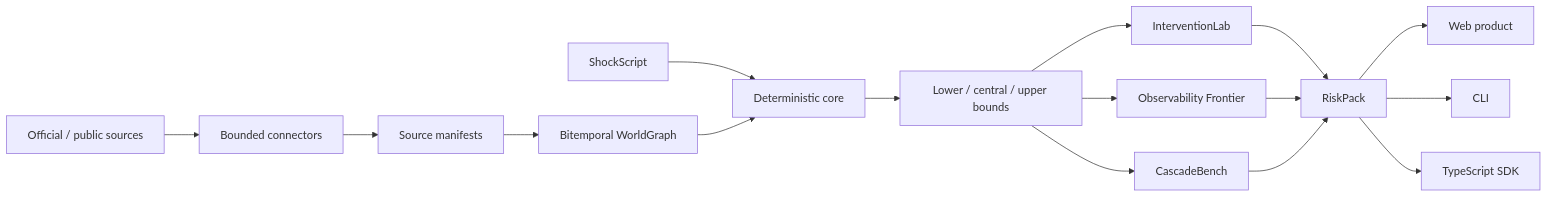
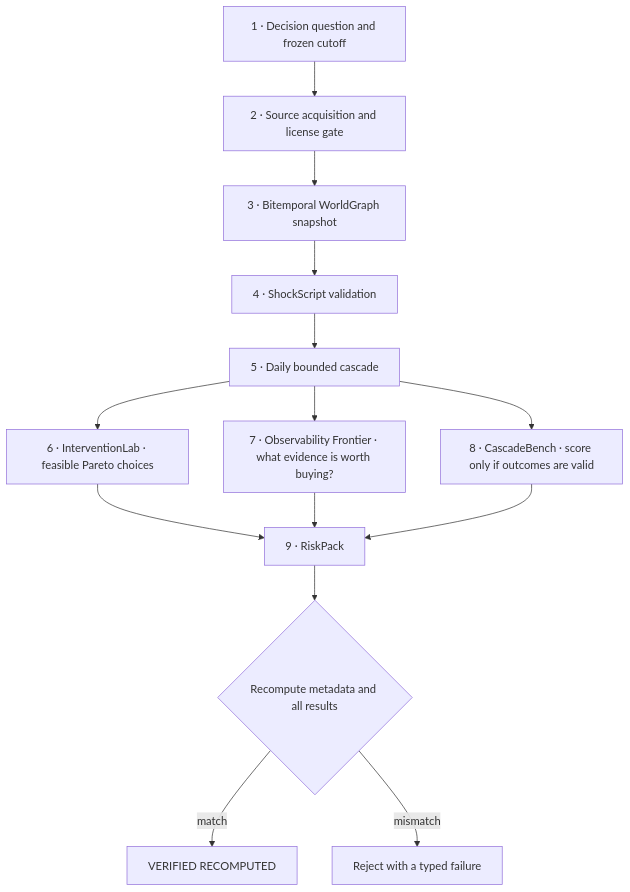
One commit to limingrui679-design/CascadeLens changed the diagram in README.md. Above: the diagram before and after it, drawn with Mermaid. The commit also changed other lines of this file, not shown here.

Commit message:
docs: expand project walkthrough and evidence guide

````diff
--- a/README.md
+++ b/README.md
@@ -92,18 +106,16 @@
 ```mermaid
-flowchart LR
-    A["Official / public sources"] --> B["Bounded connectors"]
-    B --> C["Source manifests"]
-    C --> D["Bitemporal WorldGraph"]
-    E["ShockScript"] --> F["Deterministic core"]
-    D --> F
-    F --> G["Lower / central / upper bounds"]
-    G --> H["InterventionLab"]
-    G --> I["Observability Frontier"]
-    G --> J["CascadeBench"]
-    H --> K["RiskPack"]
-    I --> K
-    J --> K
-    K --> L["Web product"]
-    K --> M["CLI"]
-    K --> N["TypeScript SDK"]
+flowchart TD
+    A["1 · Decision question and frozen cutoff"] --> B["2 · Source acquisition and license gate"]
+    B --> C["3 · Bitemporal WorldGraph snapshot"]
+    C --> D["4 · ShockScript validation"]
+    D --> E["5 · Daily bounded cascade"]
+    E --> F["6 · InterventionLab · feasible Pareto choices"]
+    E --> G["7 · Observability Frontier · what evidence is worth buying?"]
+    E --> H["8 · CascadeBench · score only if outcomes are valid"]
+    F --> I["9 · RiskPack"]
+    G --> I
+    H --> I
+    I --> J{"Recompute metadata and all results"}
+    J -->|"match"| K["VERIFIED RECOMPUTED"]
+    J -->|"mismatch"| L["Reject with a typed failure"]
 ```
````
